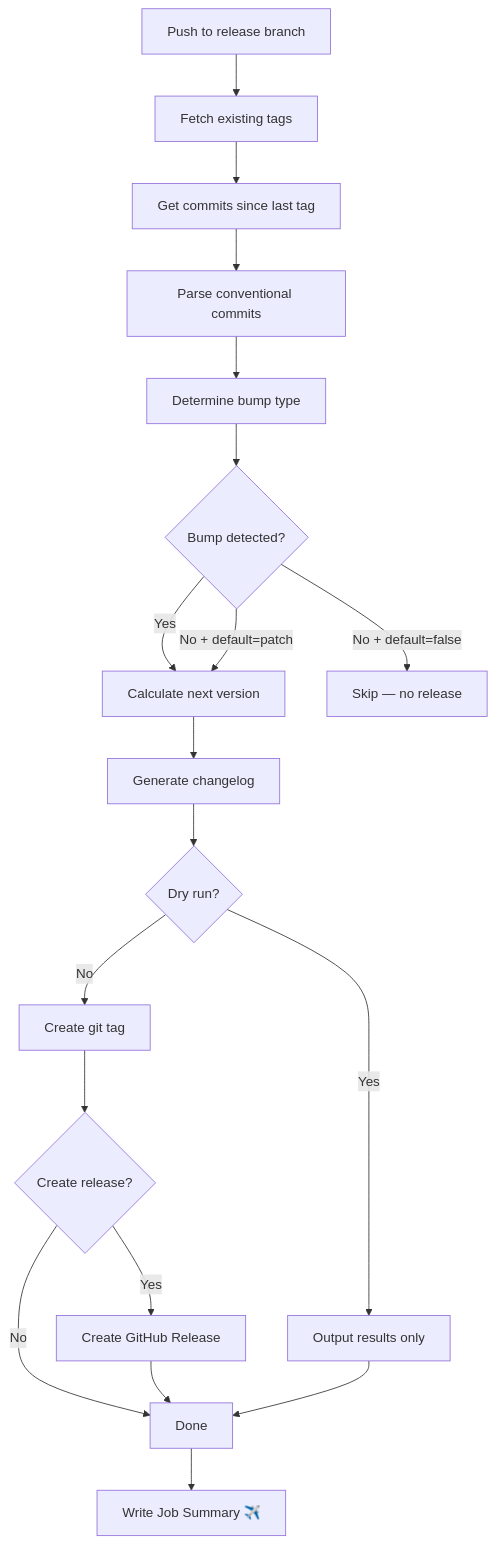
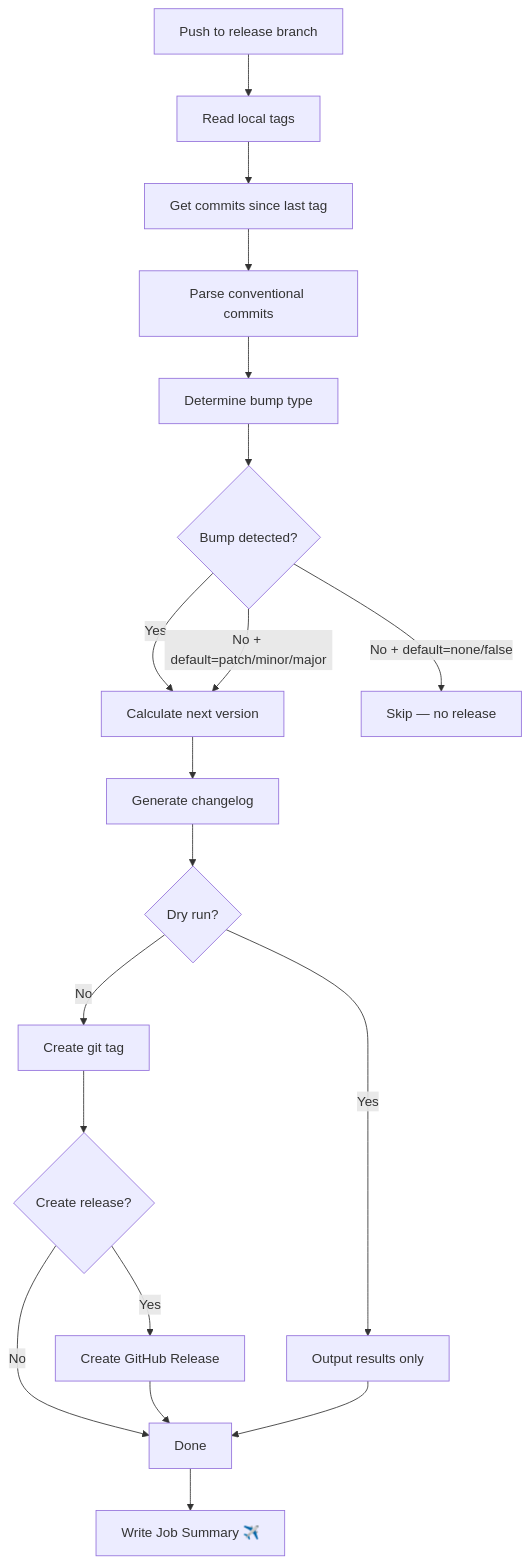
One commit to ranarn/release-pilot changed the diagram in README.md. Above: the diagram before and after it, drawn with Mermaid. The commit also changed other lines of this file and 1 other file, not shown here.

````diff
--- a/README.md
+++ b/README.md
@@ -244,21 +253,21 @@
 ```mermaid
 graph TD
-    A[Push to release branch] --> B[Fetch existing tags]
+    A[Push to release branch] --> B[Read local tags]
     B --> C[Get commits since last tag]
     C --> D[Parse conventional commits]
     D --> E[Determine bump type]
     E --> F{Bump detected?}
     F -->|Yes| G[Calculate next version]
-    F -->|No + default=false| H[Skip — no release]
-    F -->|No + default=patch| G
+    F -->|No + default=none/false| H[Skip — no release]
+    F -->|No + default=patch/minor/major| G
     G --> I[Generate changelog]
     I --> J{Dry run?}
     J -->|Yes| K[Output results only]
     J -->|No| L[Create git tag]
     L --> M{Create release?}
     M -->|Yes| N[Create GitHub Release]
     M -->|No| O[Done]
     N --> O
     K --> O
     O --> P[Write Job Summary ✈️]
 ```
````
